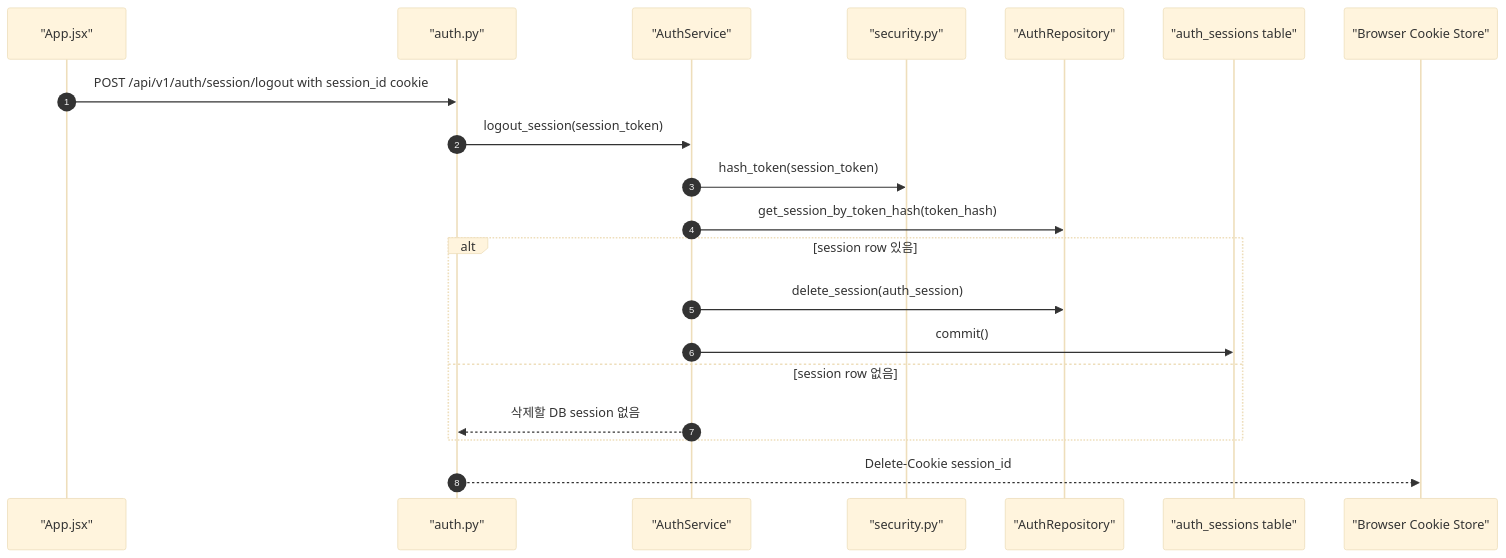
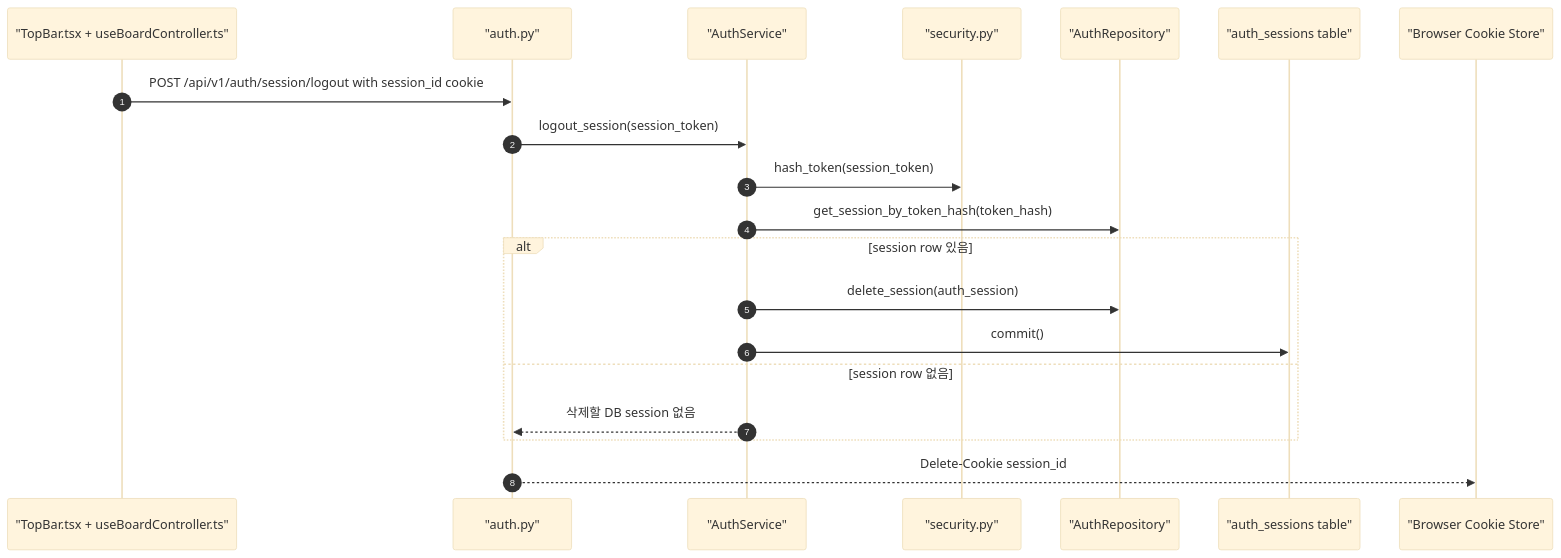
Before and after one commit to JUNGLE-TEAM1/W16_team_sprint: the eighth of 10 diagrams in docs2/sprint-2/implementation-record.md, drawn with Mermaid (base theme). The commit also changed other lines of this file and 5 other files, not shown here.

````diff
--- a/docs2/sprint-2/implementation-record.md
+++ b/docs2/sprint-2/implementation-record.md
@@ -465,23 +486,23 @@
 ```mermaid
 sequenceDiagram
     autonumber
-    participant UI as "App.jsx"
+    participant UI as "TopBar.tsx + useBoardController.ts"
     participant AuthAPI as "auth.py"
     participant Service as "AuthService"
     participant Security as "security.py"
     participant AuthRepo as "AuthRepository"
     participant DB as "auth_sessions table"
     participant Browser as "Browser Cookie Store"
 
     UI->>AuthAPI: POST /api/v1/auth/session/logout with session_id cookie
     AuthAPI->>Service: logout_session(session_token)
     Service->>Security: hash_token(session_token)
     Service->>AuthRepo: get_session_by_token_hash(token_hash)
     alt session row 있음
         Service->>AuthRepo: delete_session(auth_session)
         Service->>DB: commit()
     else session row 없음
         Service-->>AuthAPI: 삭제할 DB session 없음
     end
     AuthAPI-->>Browser: Delete-Cookie session_id
 ```
````
